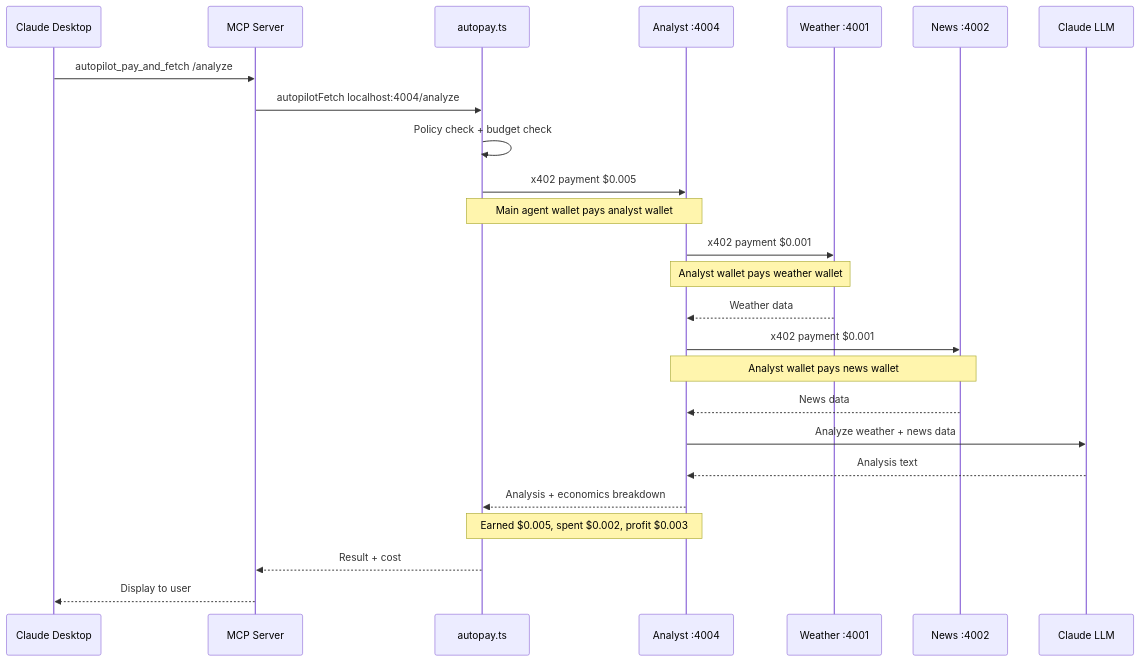
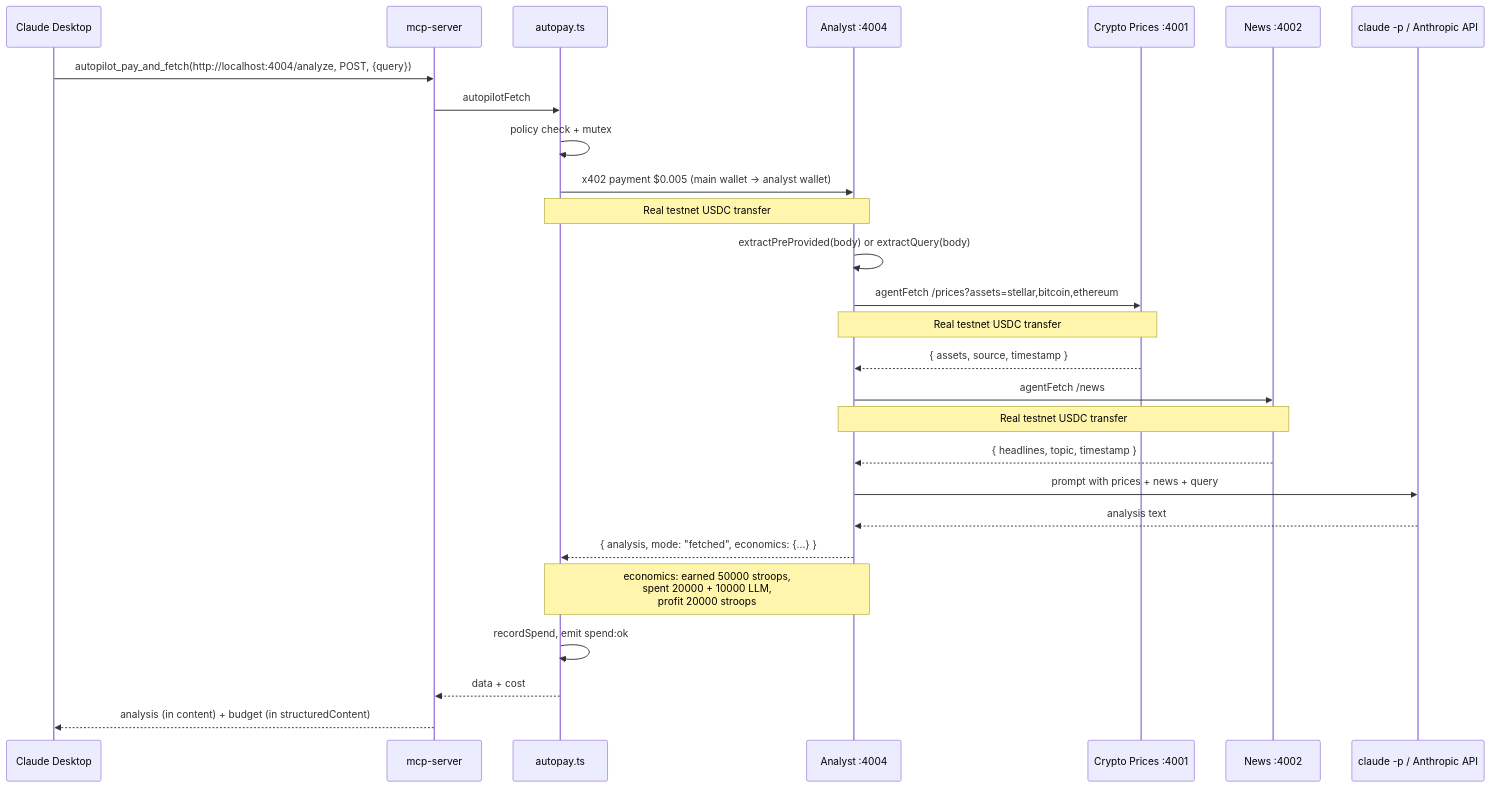
Before and after one commit to Andy00L/x402-autopilot: the fourth of 8 diagrams in ARCHITECTURE.md, drawn with Mermaid. The commit also changed other lines of this file and 90 other files, not shown here.

````diff
--- a/ARCHITECTURE.md
+++ b/ARCHITECTURE.md
@@ -161,32 +192,34 @@
 ```mermaid
 sequenceDiagram
     participant Claude as Claude Desktop
-    participant MCP as MCP Server
+    participant MCP as mcp-server
     participant AP as autopay.ts
     participant AN as Analyst :4004
-    participant W as Weather :4001
+    participant W as Crypto Prices :4001
     participant N as News :4002
-    participant LLM as Claude LLM
+    participant LLM as claude -p / Anthropic API
 
-    Claude->>MCP: autopilot_pay_and_fetch /analyze
-    MCP->>AP: autopilotFetch localhost:4004/analyze
-    AP->>AP: Policy check + budget check
-    AP->>AN: x402 payment $0.005
-    Note over AP,AN: Main agent wallet pays analyst wallet
+    Claude->>MCP: autopilot_pay_and_fetch(http://localhost:4004/analyze, POST, {query})
+    MCP->>AP: autopilotFetch
+    AP->>AP: policy check + mutex
+    AP->>AN: x402 payment $0.005 (main wallet -> analyst wallet)
+    Note over AP,AN: Real testnet USDC transfer #1
 
-    AN->>W: x402 payment $0.001
-    Note over AN,W: Analyst wallet pays weather wallet
-    W-->>AN: Weather data
+    AN->>AN: extractPreProvided(body) or extractQuery(body)
+    AN->>W: agentFetch /prices?assets=stellar,bitcoin,ethereum
+    Note over AN,W: Real testnet USDC transfer #2 ($0.001)<br/>Analyst wallet pays Crypto Prices wallet
+    W-->>AN: { assets, source, timestamp }
 
-    AN->>N: x402 payment $0.001
-    Note over AN,N: Analyst wallet pays news wallet
-    N-->>AN: News data
+    AN->>N: agentFetch /news
+    Note over AN,N: Real testnet USDC transfer #3 ($0.001)<br/>Analyst wallet pays News wallet
+    N-->>AN: { headlines, topic, timestamp }
 
-    AN->>LLM: Analyze weather + news data
-    LLM-->>AN: Analysis text
+    AN->>LLM: prompt with prices + news + query
+    LLM-->>AN: analysis text
 
-    AN-->>AP: Analysis + economics breakdown
-    Note over AN,AP: Earned $0.005, spent $0.002, profit $0.003
-    AP-->>MCP: Result + cost
-    MCP-->>Claude: Display to user
+    AN-->>AP: { analysis, mode: "fetched", economics: {...} }
+    Note over AN,AP: economics: earned 50000 stroops,<br/>spent 20000 + 10000 LLM,<br/>profit 20000 stroops
+    AP->>AP: recordSpend, emit spend:ok
+    AP-->>MCP: data + cost
+    MCP-->>Claude: analysis (in content) + budget (in structuredContent)
 ```
````
